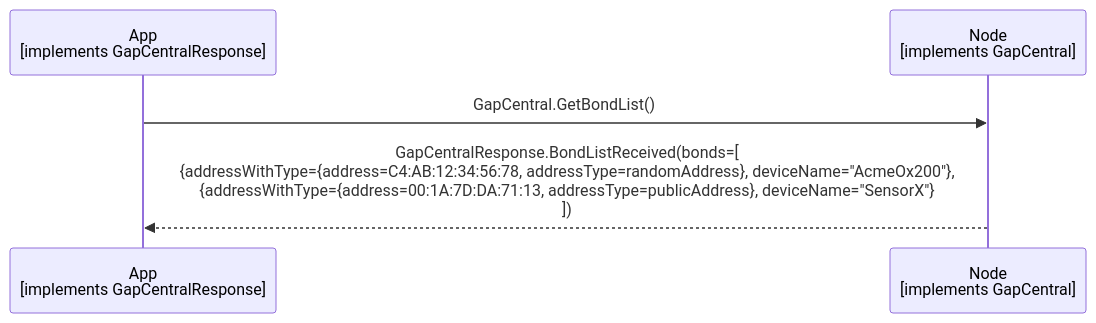
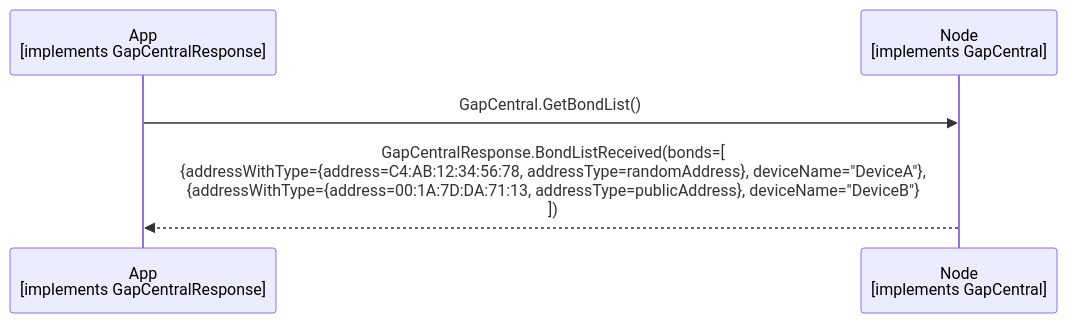
Before and after one commit to philips-software/amp-embedded-infra-lib: the diagram in documents/modules/ROOT/partials/echoservices/gap_central/GapCentral_GetBondList_sequence.mmd, drawn with Mermaid. The commit also changed 7 other files, not shown here.

```diff
--- a/documents/modules/ROOT/partials/echoservices/gap_central/GapCentral_GetBondList_sequence.mmd
+++ b/documents/modules/ROOT/partials/echoservices/gap_central/GapCentral_GetBondList_sequence.mmd
@@ -1,5 +1,5 @@
 sequenceDiagram
     participant App as App<br>[implements GapCentralResponse]
     participant Node as Node<br>[implements GapCentral]
     App->>Node: GapCentral.GetBondList()
-    Node-->>App: GapCentralResponse.BondListReceived(bonds=[<br>{addressWithType={address=C4:AB:12:34:56:78, addressType=randomAddress}, deviceName="AcmeOx200"},<br>{addressWithType={address=00:1A:7D:DA:71:13, addressType=publicAddress}, deviceName="SensorX"}<br>])
+    Node-->>App: GapCentralResponse.BondListReceived(bonds=[<br>{addressWithType={address=C4:AB:12:34:56:78, addressType=randomAddress}, deviceName="DeviceA"},<br>{addressWithType={address=00:1A:7D:DA:71:13, addressType=publicAddress}, deviceName="DeviceB"}<br>])
```
